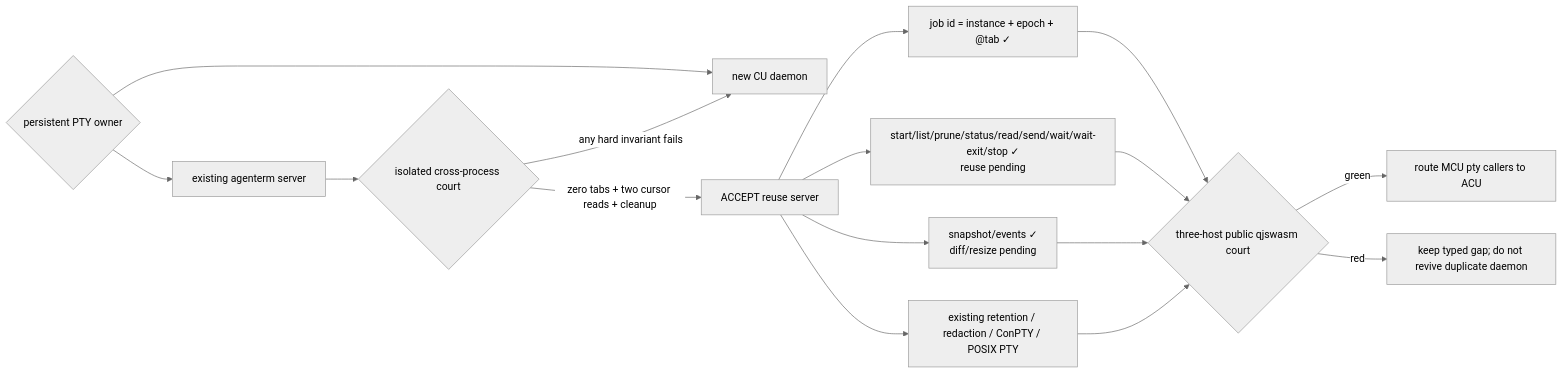
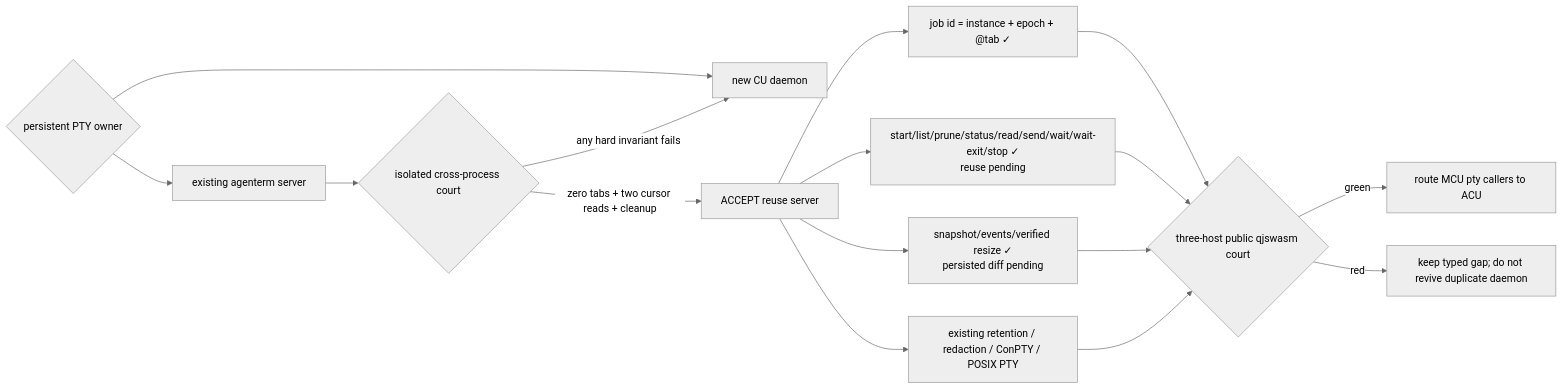
The diagram in plan/experiment-headless-pty-owner.md (partnernetsoftware/agenterm), drawn with Mermaid (neutral theme) before and after one commit. The commit also changed other lines of this file and 20 other files, not shown here.

````diff
--- a/plan/experiment-headless-pty-owner.md
+++ b/plan/experiment-headless-pty-owner.md
@@ -103,19 +104,19 @@
 ```mermaid
 flowchart LR
   Q{"persistent PTY owner"}
   Q --> A["existing agenterm server"]
   Q --> B["new CU daemon"]
   A --> C{"isolated cross-process court"}
   C -->|"zero tabs + two cursor reads + cleanup"| D["ACCEPT reuse server"]
   C -->|"any hard invariant fails"| B
   D --> I["job id = instance + epoch + @tab ✓"]
   D --> S["start/list/prune/status/read/send/wait/wait-exit/stop ✓<br/>reuse pending"]
-  D --> E["snapshot/events ✓<br/>diff/resize pending"]
+  D --> E["snapshot/events/verified resize ✓<br/>persisted diff pending"]
   D --> R["existing retention / redaction / ConPTY / POSIX PTY"]
   I --> G{"three-host public qjswasm court"}
   S --> G
   E --> G
   R --> G
   G -->|green| M["route MCU pty callers to ACU"]
   G -->|red| K["keep typed gap; do not revive duplicate daemon"]
 ```
````
